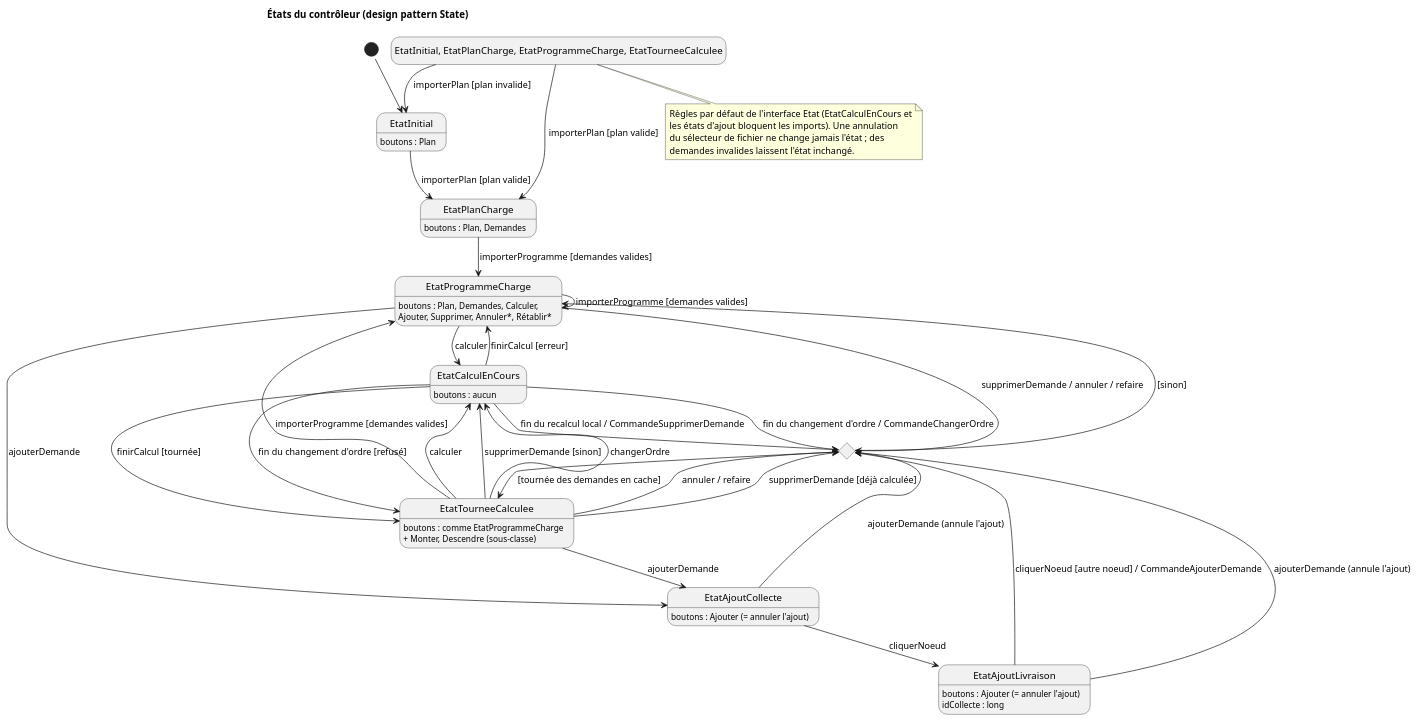
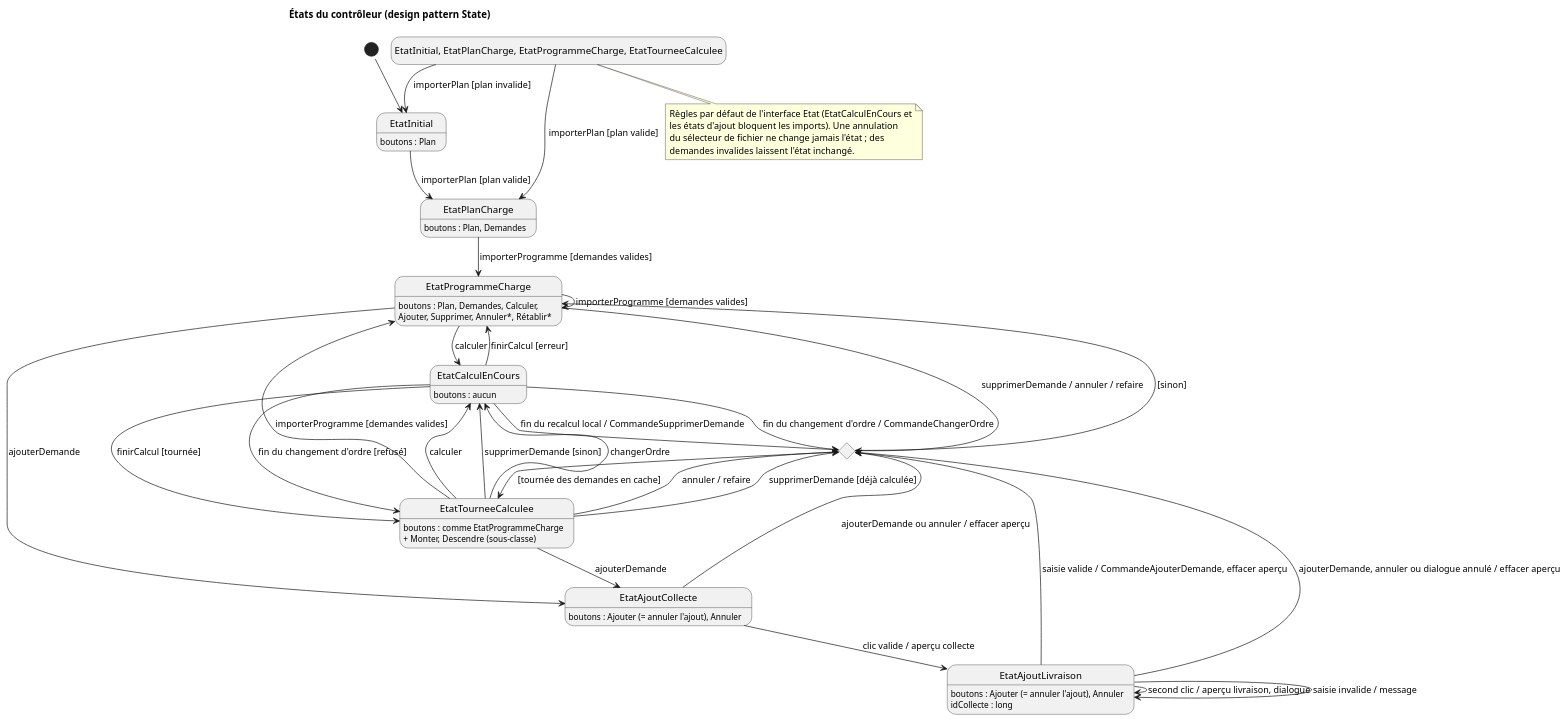
The diagram in docs/diagrams/etats-controleur.puml (tristanhp/Optimod-Lyon), drawn with PlantUML before and after one commit. The commit also changed 13 other files, not shown here.

```diff
--- a/docs/diagrams/etats-controleur.puml
+++ b/docs/diagrams/etats-controleur.puml
@@ -1,55 +1,57 @@
 @startuml etats-controleur
 !pragma layout smetana
 title États du contrôleur (design pattern State)
 hide empty description
 [*] --> EtatInitial
 EtatInitial : boutons : Plan
 EtatPlanCharge : boutons : Plan, Demandes
 EtatProgrammeCharge : boutons : Plan, Demandes, Calculer,
 EtatProgrammeCharge : Ajouter, Supprimer, Annuler*, Rétablir*
 EtatCalculEnCours : boutons : aucun
 EtatTourneeCalculee : boutons : comme EtatProgrammeCharge
 EtatTourneeCalculee : + Monter, Descendre (sous-classe)
-EtatAjoutCollecte : boutons : Ajouter (= annuler l'ajout)
-EtatAjoutLivraison : boutons : Ajouter (= annuler l'ajout)
+EtatAjoutCollecte : boutons : Ajouter (= annuler l'ajout), Annuler
+EtatAjoutLivraison : boutons : Ajouter (= annuler l'ajout), Annuler
 EtatAjoutLivraison : idCollecte : long
 
 EtatInitial --> EtatPlanCharge : importerPlan [plan valide]
 EtatPlanCharge --> EtatProgrammeCharge : importerProgramme [demandes valides]
 EtatProgrammeCharge --> EtatCalculEnCours : calculer
 EtatCalculEnCours --> EtatTourneeCalculee : finirCalcul [tournée]
 EtatCalculEnCours --> EtatProgrammeCharge : finirCalcul [erreur]
 EtatTourneeCalculee --> EtatCalculEnCours : calculer
 EtatProgrammeCharge --> EtatProgrammeCharge : importerProgramme [demandes valides]
 EtatTourneeCalculee --> EtatProgrammeCharge : importerProgramme [demandes valides]
 
 state "Choix de l'état selon le cache" as cache <<choice>>
 EtatProgrammeCharge --> cache : supprimerDemande / annuler / refaire
 EtatTourneeCalculee --> cache : annuler / refaire
 EtatTourneeCalculee --> cache : supprimerDemande [déjà calculée]
 EtatTourneeCalculee --> EtatCalculEnCours : supprimerDemande [sinon]
 EtatCalculEnCours --> cache : fin du recalcul local / CommandeSupprimerDemande
 EtatTourneeCalculee --> EtatCalculEnCours : changerOrdre
 EtatCalculEnCours --> cache : fin du changement d'ordre / CommandeChangerOrdre
 EtatCalculEnCours --> EtatTourneeCalculee : fin du changement d'ordre [refusé]
 cache --> EtatTourneeCalculee : [tournée des demandes en cache]
 cache --> EtatProgrammeCharge : [sinon]
 
 EtatProgrammeCharge --> EtatAjoutCollecte : ajouterDemande
 EtatTourneeCalculee --> EtatAjoutCollecte : ajouterDemande
-EtatAjoutCollecte --> EtatAjoutLivraison : cliquerNoeud
-EtatAjoutLivraison --> cache : cliquerNoeud [autre noeud] / CommandeAjouterDemande
-EtatAjoutCollecte --> cache : ajouterDemande (annule l'ajout)
-EtatAjoutLivraison --> cache : ajouterDemande (annule l'ajout)
+EtatAjoutCollecte --> EtatAjoutLivraison : clic valide / aperçu collecte
+EtatAjoutLivraison --> EtatAjoutLivraison : second clic / aperçu livraison, dialogue
+EtatAjoutLivraison --> cache : saisie valide / CommandeAjouterDemande, effacer aperçu
+EtatAjoutLivraison --> EtatAjoutLivraison : saisie invalide / message
+EtatAjoutCollecte --> cache : ajouterDemande ou annuler / effacer aperçu
+EtatAjoutLivraison --> cache : ajouterDemande, annuler ou dialogue annulé / effacer aperçu
 
 state "EtatInitial, EtatPlanCharge, EtatProgrammeCharge, EtatTourneeCalculee" as tous
 tous --> EtatPlanCharge : importerPlan [plan valide]
 tous --> EtatInitial : importerPlan [plan invalide]
 
 note bottom of tous
 Règles par défaut de l'interface Etat (EtatCalculEnCours et
 les états d'ajout bloquent les imports). Une annulation
 du sélecteur de fichier ne change jamais l'état ; des
 demandes invalides laissent l'état inchangé.
 end note
 @enduml
```
